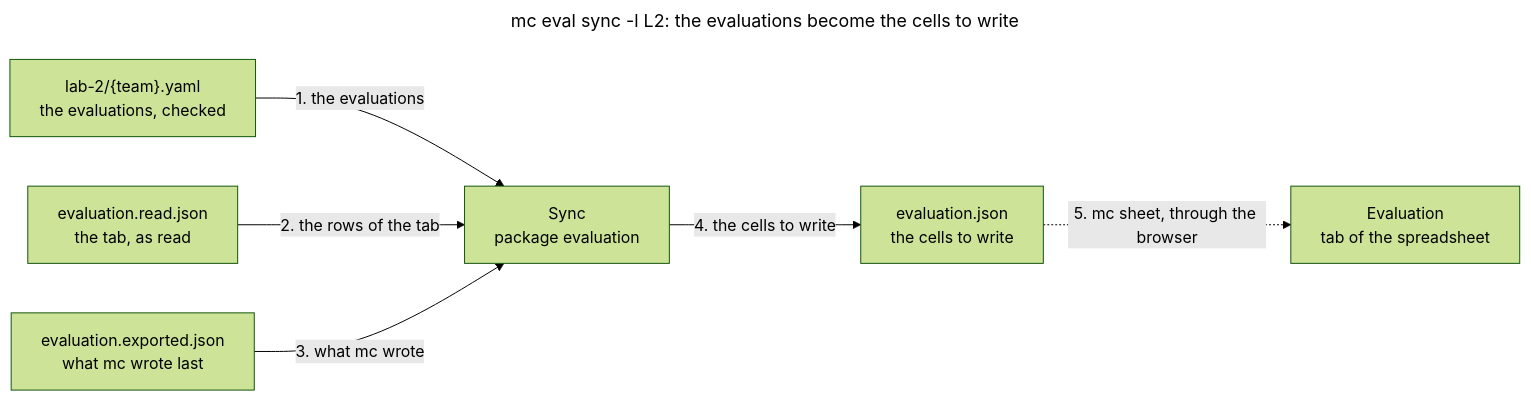
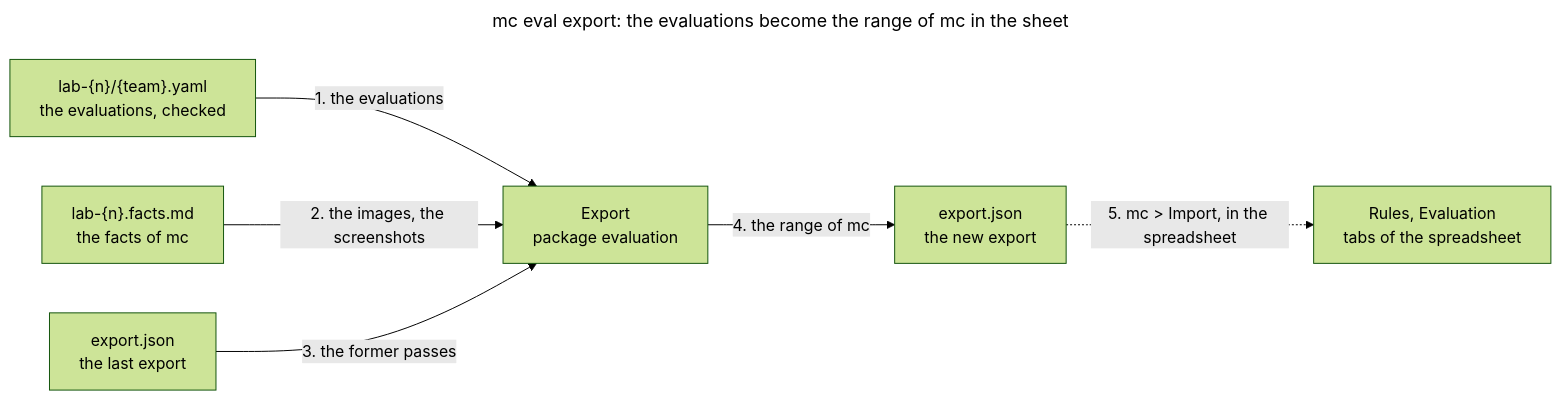
Before and after one commit to mincong-classroom/mc: the second of 2 diagrams in evaluation/README.md, drawn with Mermaid (forest theme). The commit also changed other lines of this file and 36 other files, not shown here.

Commit message:
Import the evaluation sheet with a script of the spreadsheet, mc eval export (#41)

````diff
--- a/evaluation/README.md
+++ b/evaluation/README.md
@@ -98,20 +98,20 @@
 ```mermaid
 ---
-title: "mc eval sync -l L2: the evaluations become the cells to write"
+title: "mc eval export: the evaluations become the range of mc in the sheet"
 config:
   flowchart:
     wrappingWidth: 200
 ---
 flowchart LR
-  files["lab-2/{team}.yaml<br>the evaluations, checked"]
-  read["evaluation.read.json<br>the tab, as read"]
-  exported["evaluation.exported.json<br>what mc wrote last"]
-  sync["Sync<br>package evaluation"]
-  pending["evaluation.json<br>the cells to write"]
-  tab["Evaluation<br>tab of the spreadsheet"]
-  files -- "1. the evaluations" --> sync
-  read -- "2. the rows of the tab" --> sync
-  exported -- "3. what mc wrote" --> sync
-  sync -- "4. the cells to write" --> pending
-  pending -. "5. mc sheet, through the browser" .-> tab
+  files["lab-{n}/{team}.yaml<br>the evaluations, checked"]
+  facts["lab-{n}.facts.md<br>the facts of mc"]
+  last["export.json<br>the last export"]
+  export["Export<br>package evaluation"]
+  next["export.json<br>the new export"]
+  tab["Rules, Evaluation<br>tabs of the spreadsheet"]
+  files -- "1. the evaluations" --> export
+  facts -- "2. the images, the screenshots" --> export
+  last -- "3. the former passes" --> export
+  export -- "4. the range of mc" --> next
+  next -. "5. mc > Import, in the spreadsheet" .-> tab
 ```
````
